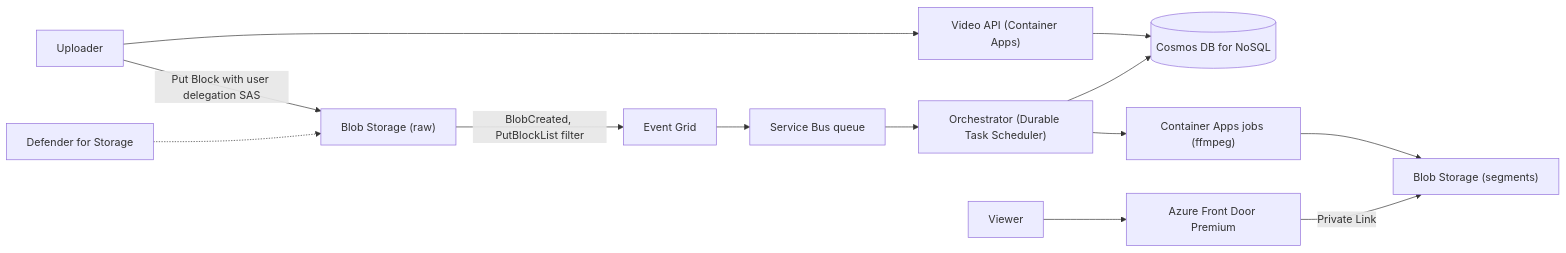
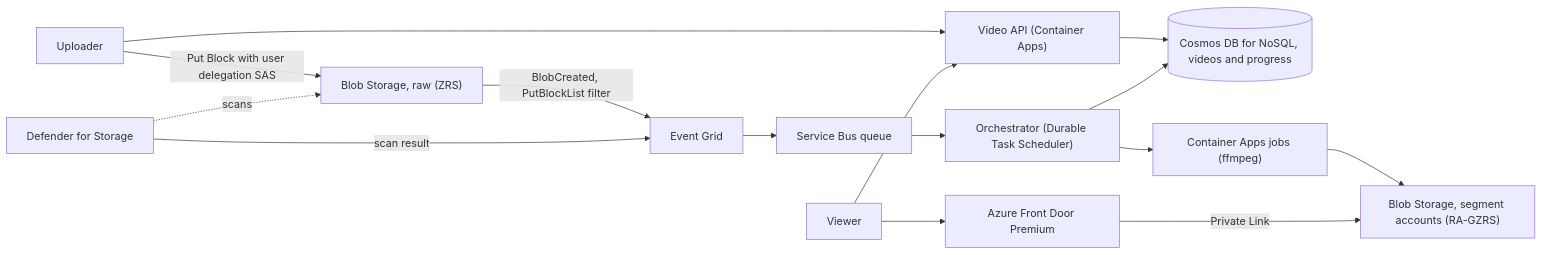
The ninth of 9 diagrams in docs/06-case-studies/video-streaming.md (spabolu/system-design-modern), drawn with Mermaid before and after one commit. The commit also changed other lines of this file, not shown here.

````diff
--- a/docs/06-case-studies/video-streaming.md
+++ b/docs/06-case-studies/video-streaming.md
@@ -144,15 +418,17 @@
 ```mermaid
 flowchart LR
   U[Uploader] --> API["Video API (Container Apps)"]
-  API --> COS[("Cosmos DB for NoSQL")]
-  U -->|"Put Block with user delegation SAS"| RAW["Blob Storage (raw)"]
+  API --> COS[("Cosmos DB for NoSQL, videos and progress")]
+  U -->|"Put Block with user delegation SAS"| RAW["Blob Storage, raw (ZRS)"]
   RAW -->|"BlobCreated, PutBlockList filter"| EG[Event Grid]
+  DEF["Defender for Storage"] -.->|"scans"| RAW
+  DEF -->|"scan result"| EG
   EG --> SB[Service Bus queue]
   SB --> ORC["Orchestrator (Durable Task Scheduler)"]
   ORC --> JOBS["Container Apps jobs (ffmpeg)"]
-  JOBS --> SEG["Blob Storage (segments)"]
+  JOBS --> SEG["Blob Storage, segment accounts (RA-GZRS)"]
   ORC --> COS
-  V[Viewer] --> FD["Azure Front Door Premium"]
+  V[Viewer] --> API
+  V --> FD["Azure Front Door Premium"]
   FD -->|"Private Link"| SEG
-  DEF["Defender for Storage"] -.-> RAW
 ```
````
